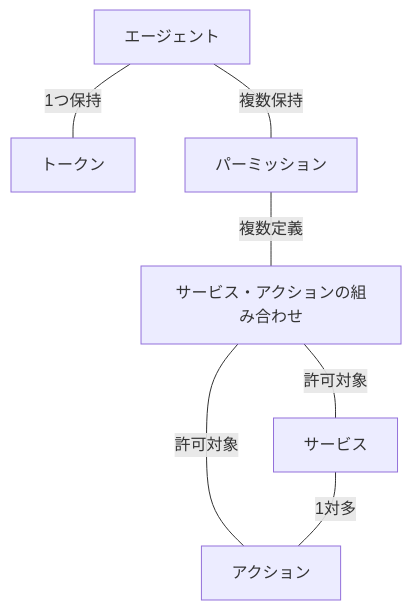
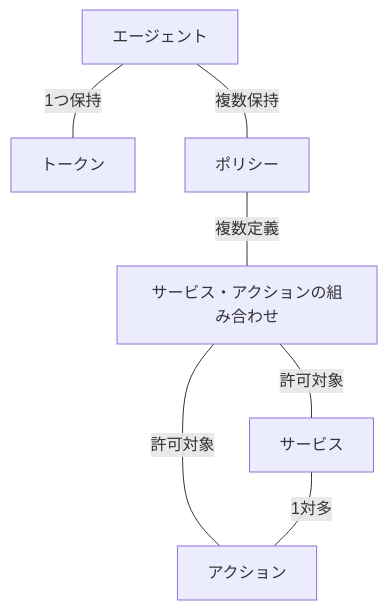
One commit to atsumarukun/holos-permit-api changed the first of 2 diagrams in docs/specs/overview.md. Above: the diagram before and after it, drawn with Mermaid. The commit also changed other lines of this file, not shown here.

````diff
--- a/docs/specs/overview.md
+++ b/docs/specs/overview.md
@@ -52,16 +52,16 @@
 ``` mermaid
 flowchart TD
   Agent["エージェント"]
   Token["トークン"]
-  Permission["パーミッション"]
+  Policy["ポリシー"]
   Rule["サービス・アクションの組み合わせ"]
   Service["サービス"]
   Action["アクション"]
 
   Agent ---|"1つ保持"| Token
-  Agent ---|"複数保持"| Permission
-  Permission ---|"複数定義"| Rule
+  Agent ---|"複数保持"| Policy
+  Policy ---|"複数定義"| Rule
   Rule ---|"許可対象"| Service
   Rule ---|"許可対象"| Action
   Service ---|"1対多"| Action
 ```
````
